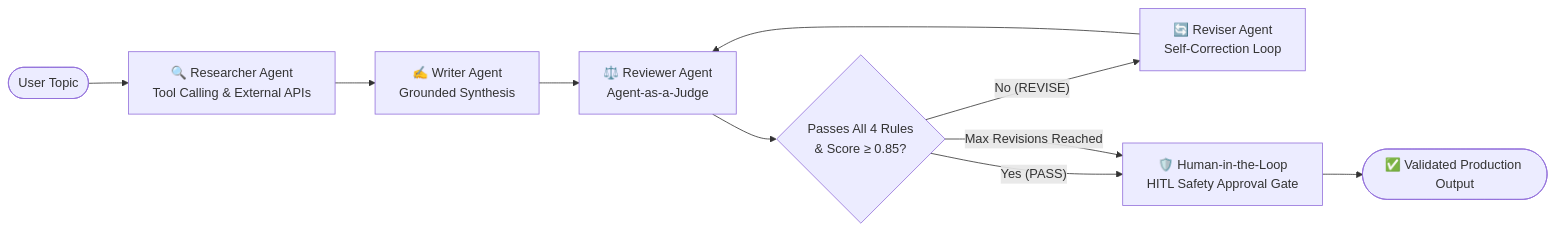
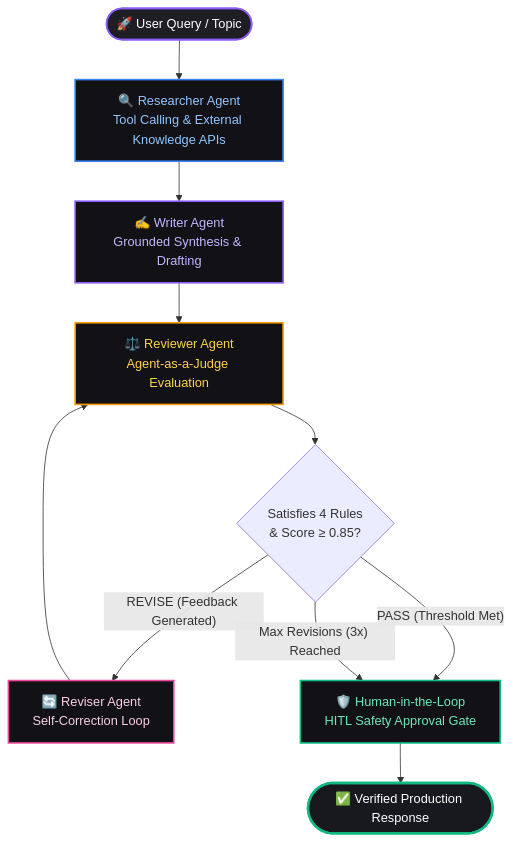
The diagram in README.md (Theankitmishra/self-correcting-multi-agent), drawn with Mermaid before and after one commit. The commit also changed other lines of this file, not shown here.

Commit message:
docs: revamp README.md with comprehensive badges, benchmarks, comparison tables, and architecture schemas

````diff
--- a/README.md
+++ b/README.md
@@ -17,12 +57,24 @@
 ```mermaid
-flowchart LR
-    Start([User Topic]) --> Researcher[🔍 Researcher Agent<br/>Tool Calling & External APIs]
-    Researcher --> Writer[✍️ Writer Agent<br/>Grounded Synthesis]
-    Writer --> Reviewer[⚖️ Reviewer Agent<br/>Agent-as-a-Judge]
-    Reviewer --> Cond{Passes All 4 Rules<br/>& Score ≥ 0.85?}
-    Cond -- "No (REVISE)" --> Reviser[🔄 Reviser Agent<br/>Self-Correction Loop]
+flowchart TD
+    classDef startNode fill:#1e1e24,stroke:#8b5cf6,stroke-width:2px,color:#fff;
+    classDef toolNode fill:#111116,stroke:#3b82f6,stroke-width:2px,color:#93c5fd;
+    classDef writerNode fill:#111116,stroke:#8b5cf6,stroke-width:2px,color:#c4b5fd;
+    classDef judgeNode fill:#111116,stroke:#f59e0b,stroke-width:2px,color:#fcd34d;
+    classDef reviserNode fill:#111116,stroke:#ec4899,stroke-width:2px,color:#fbcfe8;
+    classDef gateNode fill:#111116,stroke:#10b981,stroke-width:2px,color:#6ee7b7;
+    classDef endNode fill:#18181f,stroke:#10b981,stroke-width:3px,color:#fff;
+
+    Start([🚀 User Query / Topic]):::startNode --> Researcher[🔍 Researcher Agent<br/>Tool Calling & External Knowledge APIs]:::toolNode
+    Researcher --> Writer[✍️ Writer Agent<br/>Grounded Synthesis & Drafting]:::writerNode
+    Writer --> Reviewer[⚖️ Reviewer Agent<br/>Agent-as-a-Judge Evaluation]:::judgeNode
+
+    Reviewer --> Cond{Satisfies 4 Rules<br/>& Score ≥ 0.85?}
+
+    Cond -- "REVISE (Feedback Generated)" --> Reviser[🔄 Reviser Agent<br/>Self-Correction Loop]:::reviserNode
     Reviser --> Reviewer
-    Cond -- "Yes (PASS)" --> Gate[🛡️ Human-in-the-Loop<br/>HITL Safety Approval Gate]
-    Cond -- "Max Revisions Reached" --> Gate
-    Gate --> End([✅ Validated Production Output])
+
+    Cond -- "PASS (Threshold Met)" --> HITL[🛡️ Human-in-the-Loop<br/>HITL Safety Approval Gate]:::gateNode
+    Cond -- "Max Revisions (3x) Reached" --> HITL
+
+    HITL --> End([✅ Verified Production Response]):::endNode
 ```
````
